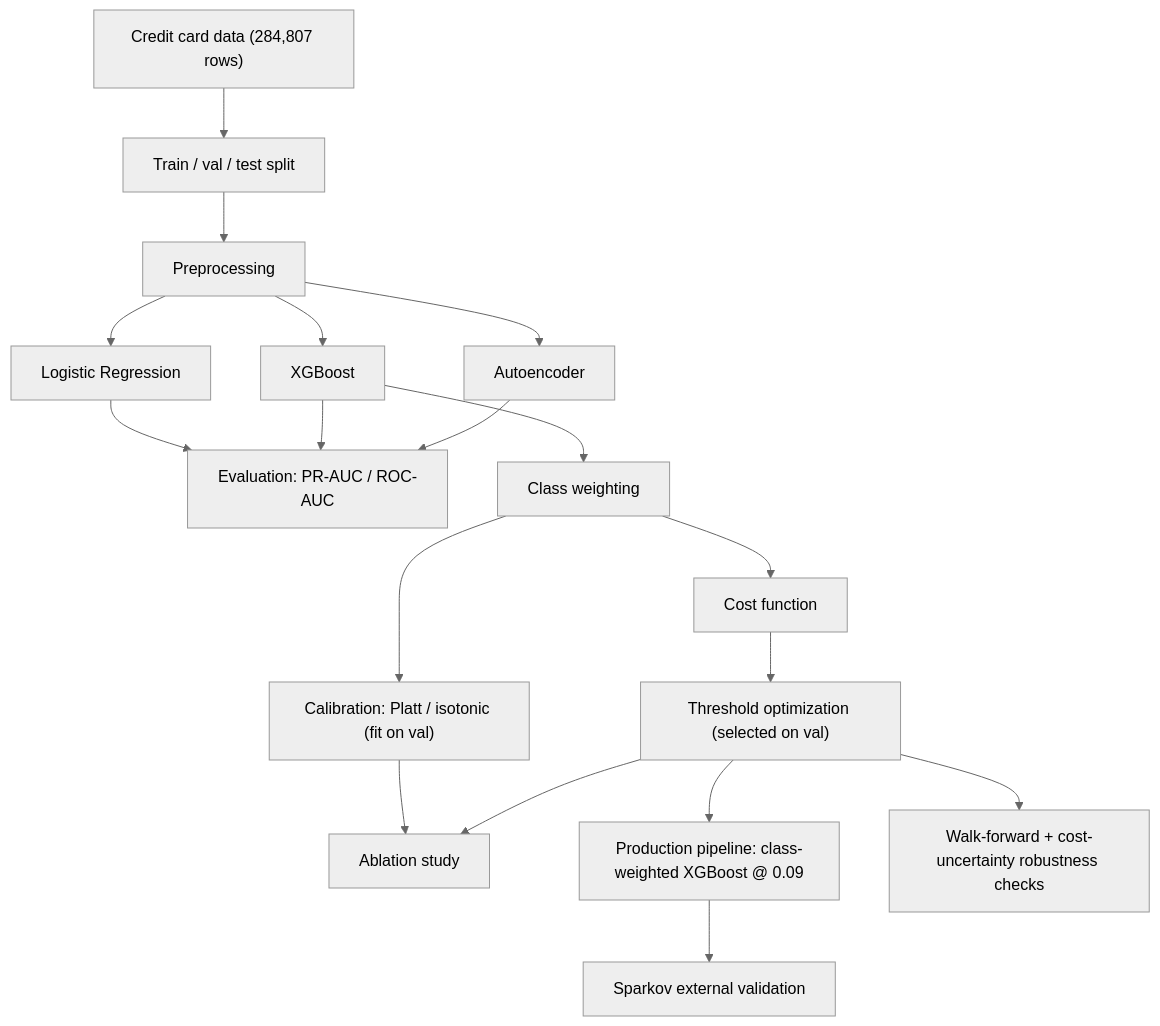
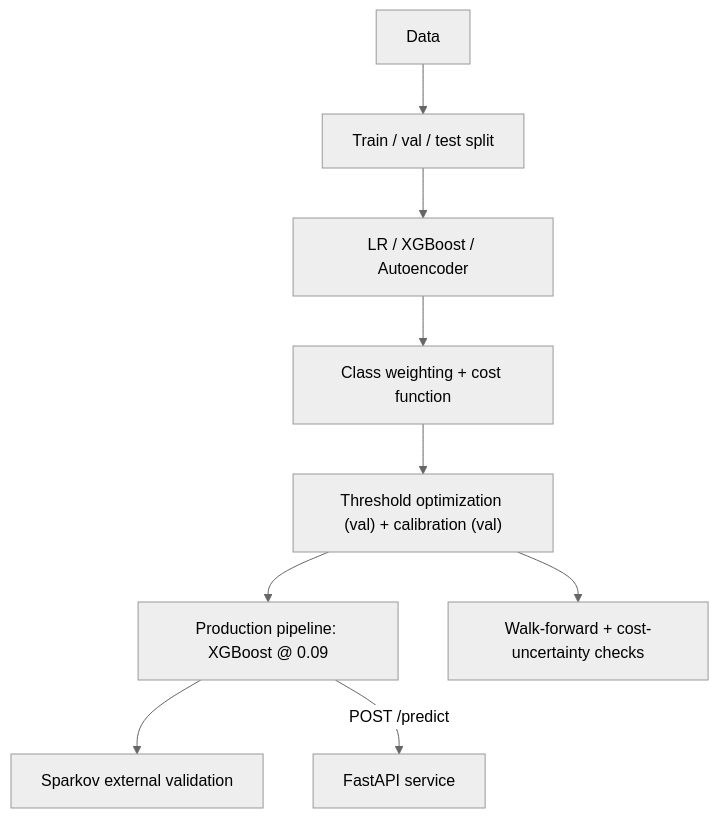
One commit to Charith-Reddy-Pareddy/Cost-Sensitive-Fraud-Detection-with-Threshold-Optimization changed the first of 2 diagrams in README.md. Above: the diagram before and after it, drawn with Mermaid (neutral theme). The commit also changed other lines of this file, not shown here.

````diff
--- a/README.md
+++ b/README.md
@@ -102,20 +53,11 @@
 ```mermaid
 flowchart TD
-    A["Credit card data (284,807 rows)"] --> B["Train / val / test split"]
-    B --> C["Preprocessing"]
-    C --> D["Logistic Regression"]
-    C --> E["XGBoost"]
-    C --> F["Autoencoder"]
-    D --> G["Evaluation: PR-AUC / ROC-AUC"]
-    E --> G
-    F --> G
-    E --> H["Class weighting"]
-    H --> I["Cost function"]
-    I --> J["Threshold optimization (selected on val)"]
-    H --> K["Calibration: Platt / isotonic (fit on val)"]
-    K --> L["Ablation study"]
-    J --> L
-    J --> M["Production pipeline: class-weighted XGBoost @ 0.09"]
-    J --> N["Walk-forward + cost-uncertainty robustness checks"]
-    M --> O["Sparkov external validation"]
+    A["Data"] --> B["Train / val / test split"]
+    B --> C["LR / XGBoost / Autoencoder"]
+    C --> D["Class weighting + cost function"]
+    D --> E["Threshold optimization (val) + calibration (val)"]
+    E --> F["Production pipeline: XGBoost @ 0.09"]
+    E --> G["Walk-forward + cost-uncertainty checks"]
+    F --> H["Sparkov external validation"]
+    F -->|"POST /predict"| I["FastAPI service"]
 ```
````
